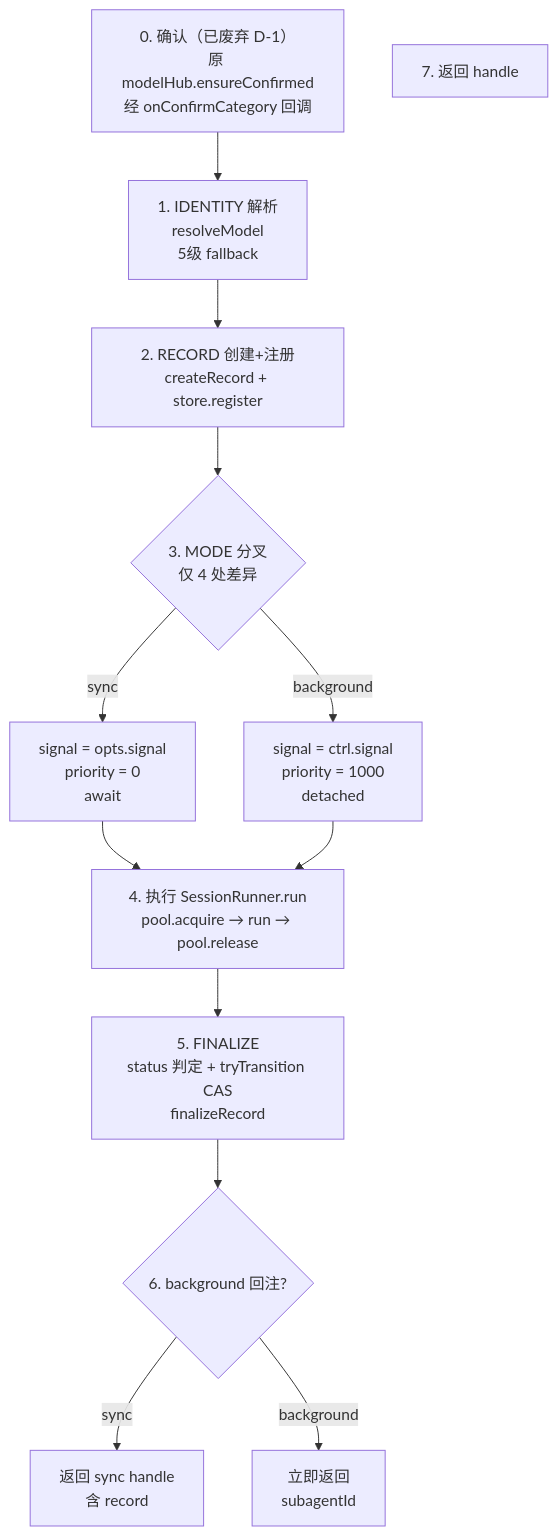
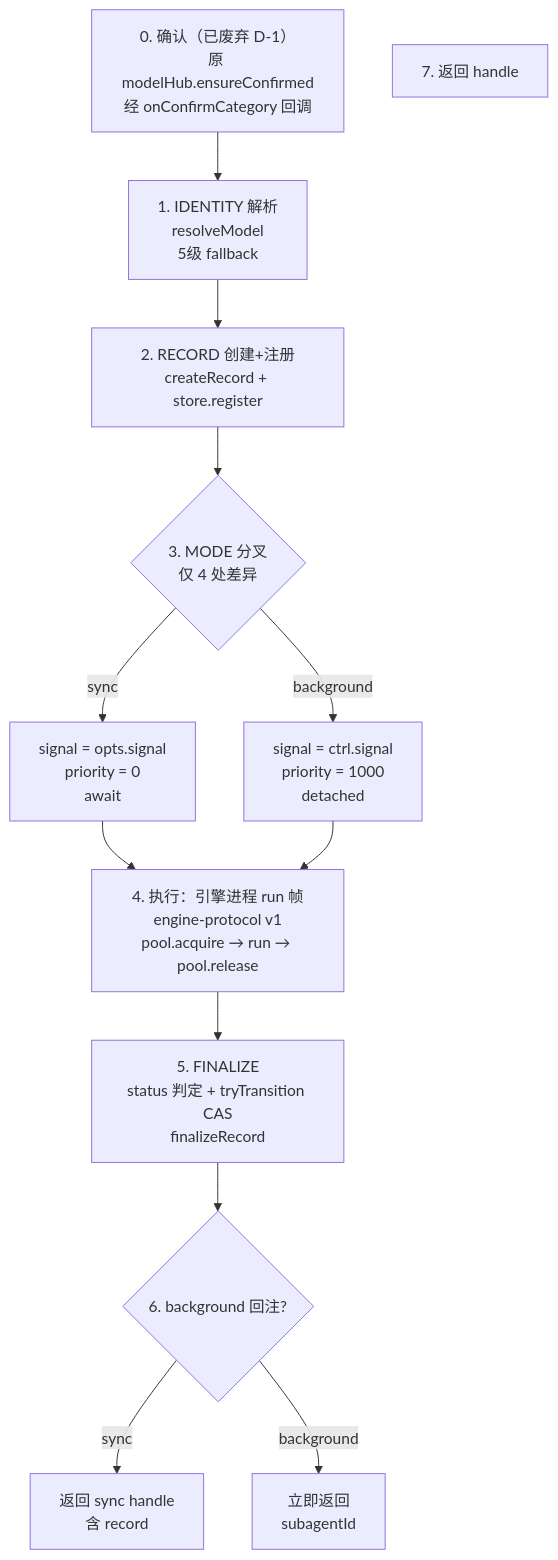
The first of 3 diagrams in docs/extensions/subagents/execution-flow.md (zhushanwen321/xyz-agent), drawn with Mermaid before and after one commit. The commit also changed other lines of this file and 18 other files, not shown here.

````diff
--- a/docs/extensions/subagents/execution-flow.md
+++ b/docs/extensions/subagents/execution-flow.md
@@ -22,20 +24,20 @@
 ```mermaid
 flowchart TD
     S0[0. 确认（已废弃 D-1）<br/>原 modelHub.ensureConfirmed<br/>经 onConfirmCategory 回调]
     S1[1. IDENTITY 解析<br/>resolveModel<br/>5级 fallback]
     S2[2. RECORD 创建+注册<br/>createRecord + store.register]
     S3{3. MODE 分叉<br/>仅 4 处差异}
-    S4[4. 执行 SessionRunner.run<br/>pool.acquire → run → pool.release]
+    S4[4. 执行：引擎进程 run 帧<br/>engine-protocol v1<br/>pool.acquire → run → pool.release]
     S5[5. FINALIZE<br/>status 判定 + tryTransition CAS<br/>finalizeRecord]
     S6{6. background 回注?}
     S7[7. 返回 handle]
 
     S0 --> S1 --> S2 --> S3
     S3 -->|sync| S4a[signal = opts.signal<br/>priority = 0<br/>await]
     S3 -->|background| S4b[signal = ctrl.signal<br/>priority = 1000<br/>detached]
     S4a --> S4
     S4b --> S4
     S4 --> S5 --> S6
     S6 -->|sync| S7a[返回 sync handle<br/>含 record]
     S6 -->|background| S7b[立即返回<br/>subagentId]
 ```
````
